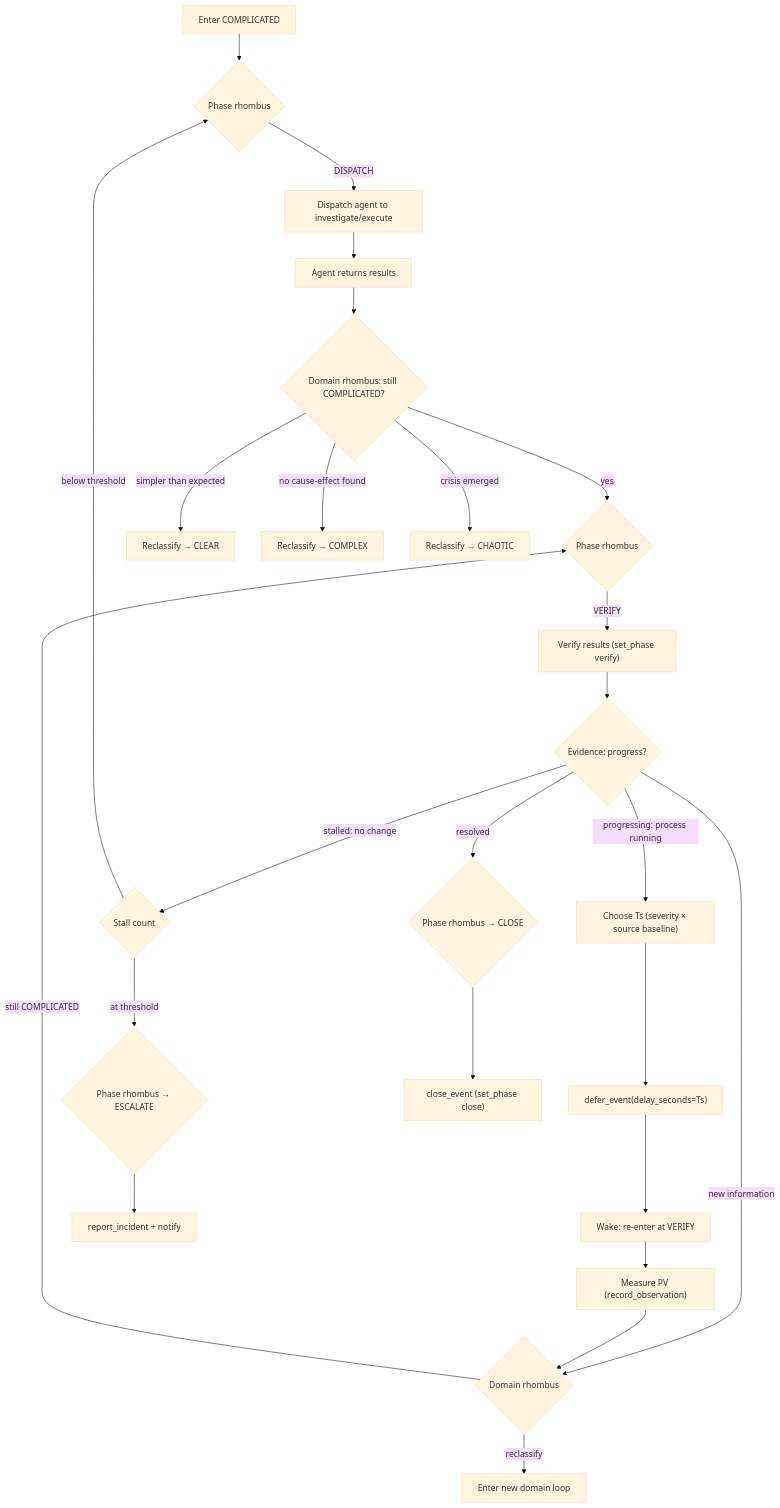
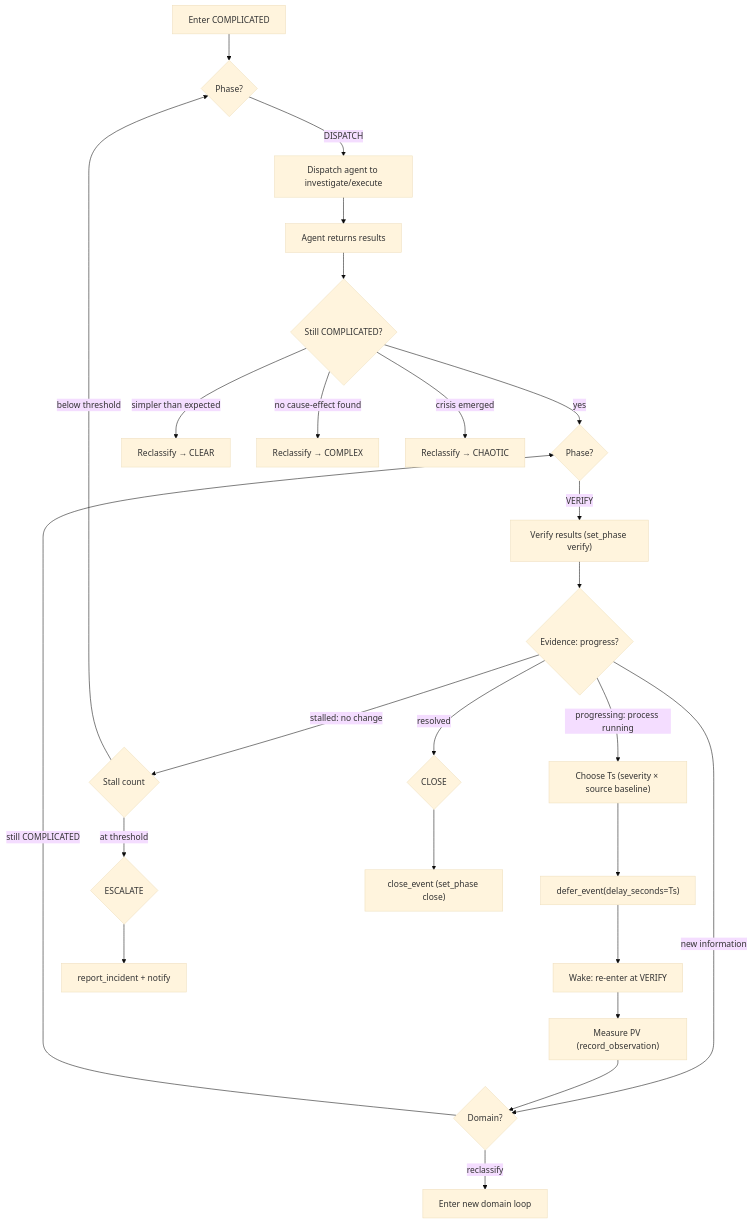
One commit to The-Darwin-Project/Blackboard changed the diagram in src/agents/brain_skills/domain/complicated.md. Above: the diagram before and after it, drawn with Mermaid (base theme). The commit also changed other lines of this file and 8 other files, not shown here.

First line of the commit message:
refactor(brain_skills): remove redundant "rhombus" from Mermaid labels, rename concept to dual-gate

````diff
--- a/src/agents/brain_skills/domain/complicated.md
+++ b/src/agents/brain_skills/domain/complicated.md
@@ -30,35 +30,35 @@
 ```mermaid
 graph TD
-    Enter["Enter COMPLICATED"] --> PhaseD{"Phase rhombus"}
+    Enter["Enter COMPLICATED"] --> PhaseD{"Phase?"}
     PhaseD -->|"DISPATCH"| Analyze["Dispatch agent to investigate/execute"]
 
     Analyze --> AgentReturn["Agent returns results"]
 
-    AgentReturn --> DomainR{"Domain rhombus: still COMPLICATED?"}
-    DomainR -->|"yes"| PhaseV{"Phase rhombus"}
+    AgentReturn --> DomainR{"Still COMPLICATED?"}
+    DomainR -->|"yes"| PhaseV{"Phase?"}
     DomainR -->|"simpler than expected"| ReclassClear["Reclassify → CLEAR"]
     DomainR -->|"no cause-effect found"| ReclassComplex["Reclassify → COMPLEX"]
     DomainR -->|"crisis emerged"| ReclassChaotic["Reclassify → CHAOTIC"]
 
     PhaseV -->|"VERIFY"| Verify["Verify results (set_phase verify)"]
 
     Verify --> Progress{"Evidence: progress?"}
-    Progress -->|"resolved"| PhaseC{"Phase rhombus → CLOSE"}
+    Progress -->|"resolved"| PhaseC{"CLOSE"}
     Progress -->|"progressing: process running"| ChooseTs["Choose Ts (severity × source baseline)"]
     Progress -->|"stalled: no change"| Stall{"Stall count"}
-    Progress -->|"new information"| DomainR2{"Domain rhombus"}
+    Progress -->|"new information"| DomainR2{"Domain?"}
 
     ChooseTs --> Defer["defer_event(delay_seconds=Ts)"]
     Defer --> Wake["Wake: re-enter at VERIFY"]
     Wake --> MeasurePV["Measure PV (record_observation)"]
     MeasurePV --> DomainR2
 
     DomainR2 -->|"still COMPLICATED"| PhaseV
     DomainR2 -->|"reclassify"| Reclass["Enter new domain loop"]
 
     Stall -->|"below threshold"| PhaseD
-    Stall -->|"at threshold"| PhaseE{"Phase rhombus → ESCALATE"}
+    Stall -->|"at threshold"| PhaseE{"ESCALATE"}
     PhaseE --> Escalate["report_incident + notify"]
 
     PhaseC --> Close["close_event (set_phase close)"]
 ```
````
